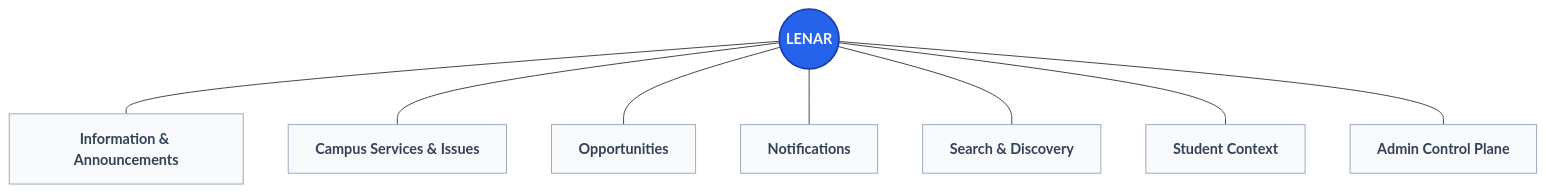
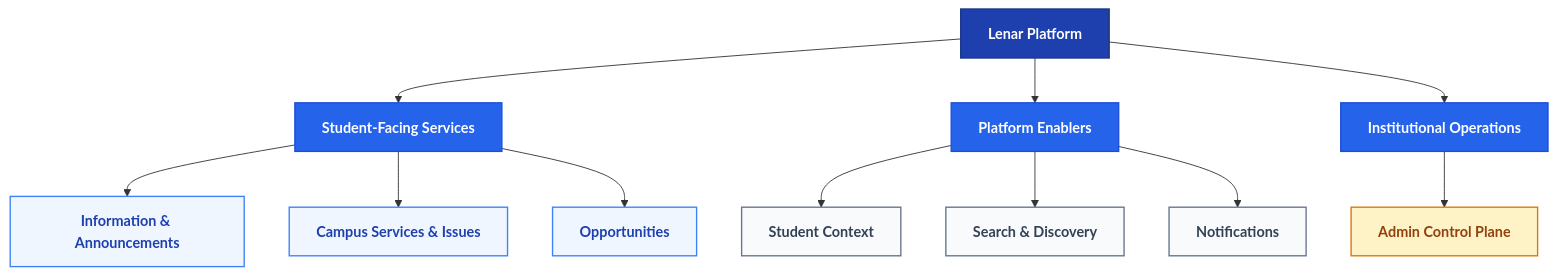
One commit to davidalbertstark-lab/Lenar changed the first of 5 diagrams in docs/product/03-Product-Requirements.md. Above: the diagram before and after it, drawn with Mermaid. The commit also changed other lines of this file and 28 other files, not shown here.

Commit message:
docs: system-wide diagram redesign for first-instance comprehension

````diff
--- a/docs/product/03-Product-Requirements.md
+++ b/docs/product/03-Product-Requirements.md
@@ -79,26 +81,24 @@
 ```mermaid
 flowchart TD
-    classDef center fill:#2563eb,color:#fff,stroke:#1e40af,stroke-width:2px,font-weight:bold,font-size:16px
-    classDef area fill:#f8fafc,stroke:#94a3b8,stroke-width:1px,color:#334155,font-weight:bold
+    classDef platform fill:#1e40af,stroke:#1e3a8a,stroke-width:2px,color:#ffffff,font-weight:bold
+    classDef category fill:#2563eb,stroke:#1d4ed8,stroke-width:1.5px,color:#ffffff,font-weight:bold
+    classDef student fill:#eff6ff,stroke:#3b82f6,stroke-width:1.5px,color:#1e40af,font-weight:bold
+    classDef enabler fill:#f8fafc,stroke:#64748b,stroke-width:1.5px,color:#334155,font-weight:bold
+    classDef admin fill:#fef3c7,stroke:#d97706,stroke-width:1.5px,color:#92400e,font-weight:bold
 
-    L((LENAR))
-    
-    A[Information & Announcements]
-    B[Campus Services & Issues]
-    C[Opportunities]
-    D[Notifications]
-    E[Search & Discovery]
-    F[Student Context]
-    G[Admin Control Plane]
-    
-    L --- A
-    L --- B
-    L --- C
-    L --- D
-    L --- E
-    L --- F
-    L --- G
-    
-    class L center;
-    class A,B,C,D,E,F,G area;
+    Platform["Lenar Platform"]:::platform
+
+    Platform --> Cat1["Student-Facing Services"]:::category
+    Platform --> Cat2["Platform Enablers"]:::category
+    Platform --> Cat3["Institutional Operations"]:::category
+
+    Cat1 --> A["Information & Announcements"]:::student
+    Cat1 --> B["Campus Services & Issues"]:::student
+    Cat1 --> C["Opportunities"]:::student
+
+    Cat2 --> D["Student Context"]:::enabler
+    Cat2 --> E["Search & Discovery"]:::enabler
+    Cat2 --> F["Notifications"]:::enabler
+
+    Cat3 --> G["Admin Control Plane"]:::admin
 ```
````
